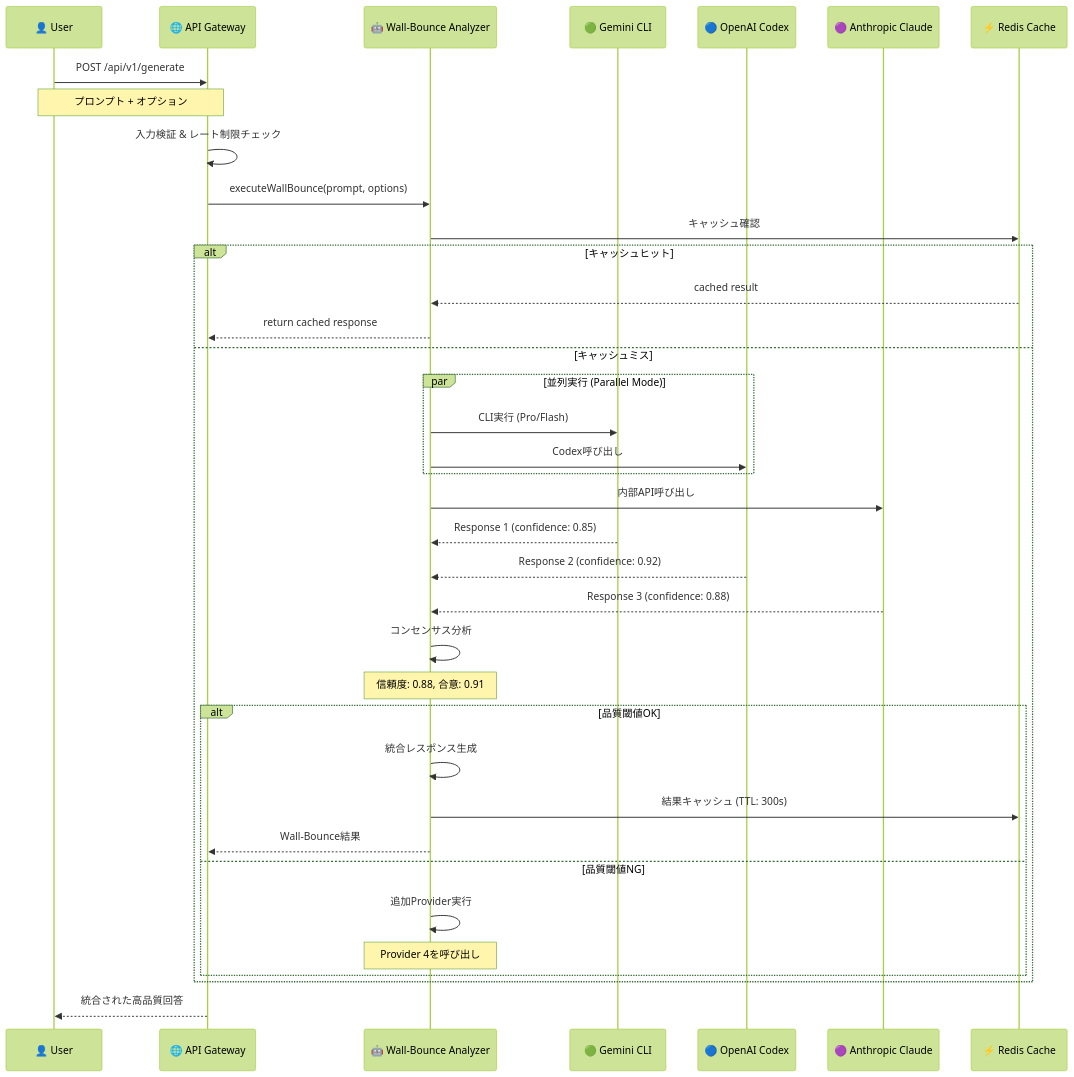
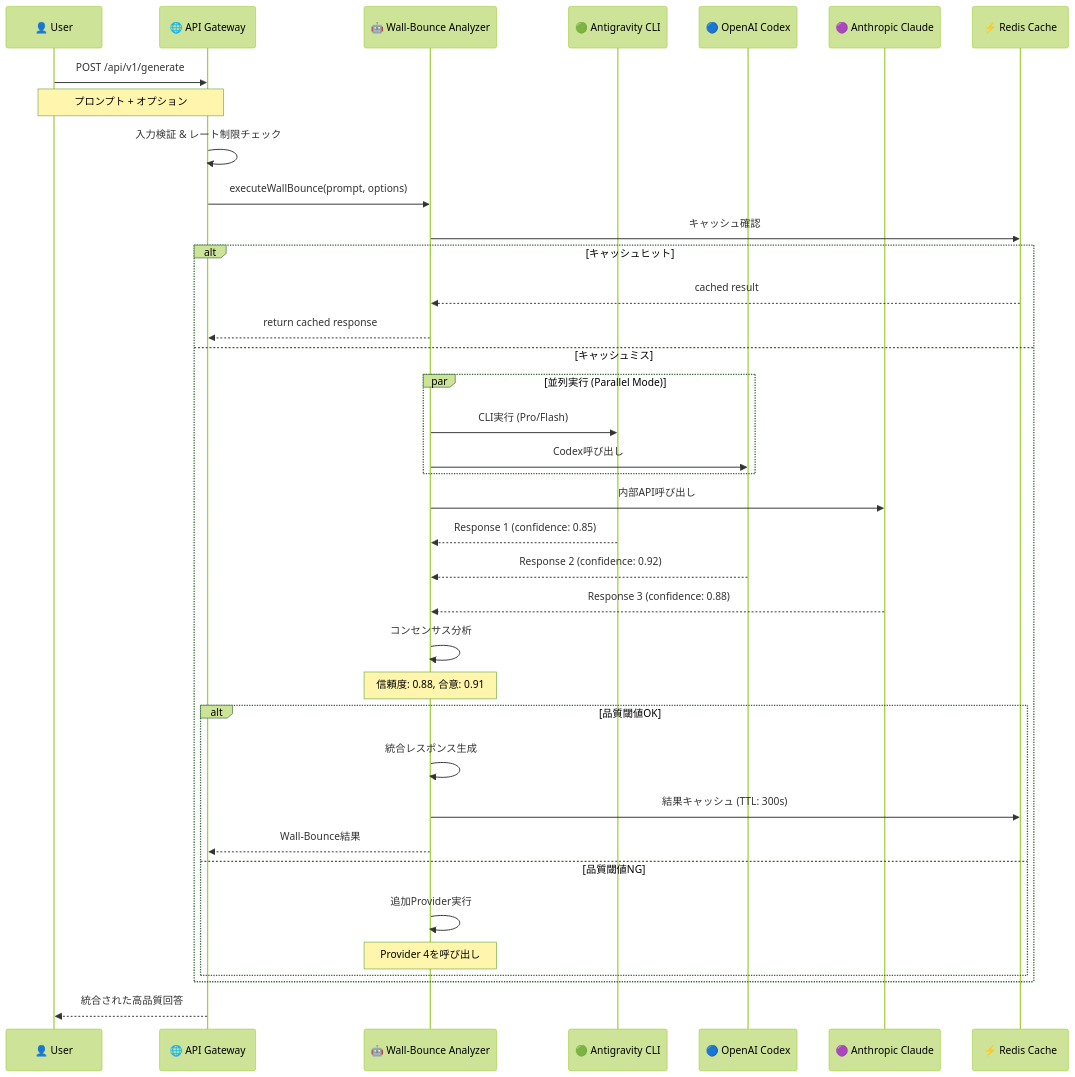
Diagram 13 of 54 in docs/BASIC_DESIGN_DETAILED.md (wombat2006/techdev), drawn with Mermaid (forest theme) before and after one commit. The commit also changed other lines of this file and 19 other files, not shown here.

First line of the commit message:
docs: Gemini CLI 表記を Antigravity CLI（agy）へ移行

````diff
--- a/docs/BASIC_DESIGN_DETAILED.md
+++ b/docs/BASIC_DESIGN_DETAILED.md
@@ -474,48 +474,48 @@
 ```mermaid
 sequenceDiagram
     participant User as 👤 User
     participant API as 🌐 API Gateway
     participant WB as 🤖 Wall-Bounce Analyzer
-    participant G as 🟢 Gemini CLI
+    participant G as 🟢 Antigravity CLI
     participant O as 🔵 OpenAI Codex
     participant A as 🟣 Anthropic Claude
     participant R as ⚡ Redis Cache
 
     User->>API: POST /api/v1/generate
     Note over User,API: プロンプト + オプション
     
     API->>API: 入力検証 & レート制限チェック
     API->>WB: executeWallBounce(prompt, options)
     
     WB->>R: キャッシュ確認
     alt キャッシュヒット
         R-->>WB: cached result
         WB-->>API: return cached response
     else キャッシュミス
         
         par 並列実行 (Parallel Mode)
             WB->>G: CLI実行 (Pro/Flash)
             WB->>O: Codex呼び出し
         end
         
         WB->>A: 内部API呼び出し
         
         G-->>WB: Response 1 (confidence: 0.85)
         O-->>WB: Response 2 (confidence: 0.92)
         A-->>WB: Response 3 (confidence: 0.88)
         
         WB->>WB: コンセンサス分析
         Note over WB: 信頼度: 0.88, 合意: 0.91
         
         alt 品質閾値OK
             WB->>WB: 統合レスポンス生成
             WB->>R: 結果キャッシュ (TTL: 300s)
             WB-->>API: Wall-Bounce結果
         else 品質閾値NG
             WB->>WB: 追加Provider実行
             Note over WB: Provider 4を呼び出し
         end
     end
     
     API-->>User: 統合された高品質回答
 ```
````
